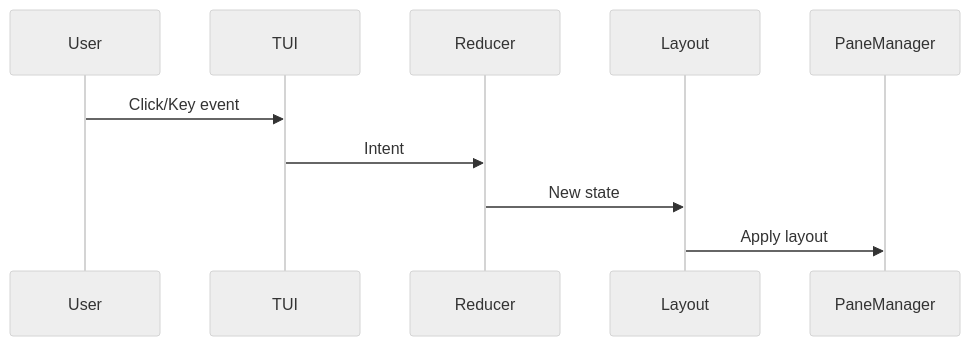
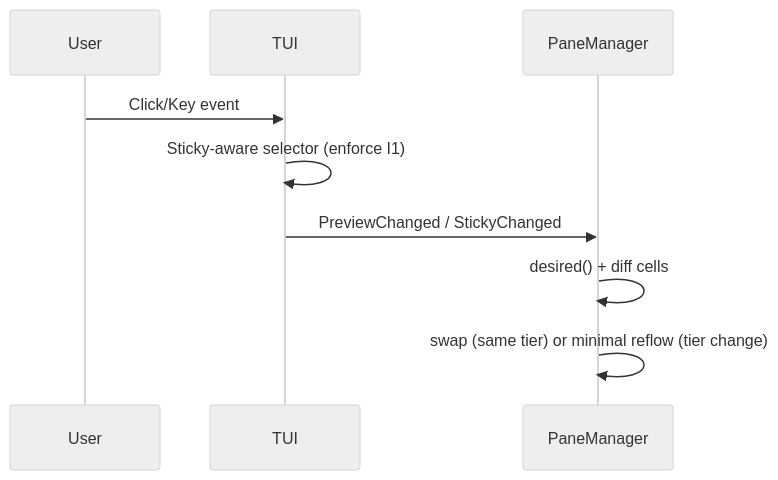
Before and after one commit to InstruktAI/TeleClaude: the second of 3 diagrams in docs/project/design/architecture/tui-state-layout.md, drawn with Mermaid (neutral theme). The commit also changed other lines of this file and 16 other files, not shown here.

First line of the commit message:
feat(tui-sticky-layout-unify): deliver tui-sticky-layout-unify

````diff
--- a/docs/project/design/architecture/tui-state-layout.md
+++ b/docs/project/design/architecture/tui-state-layout.md
@@ -81,13 +93,12 @@
 ```mermaid
 sequenceDiagram
     participant User
     participant TUI
-    participant Reducer
-    participant Layout
     participant PaneManager
 
     User->>TUI: Click/Key event
-    TUI->>Reducer: Intent
-    Reducer->>Layout: New state
-    Layout->>PaneManager: Apply layout
+    TUI->>TUI: Sticky-aware selector (enforce I1)
+    TUI->>PaneManager: PreviewChanged / StickyChanged
+    PaneManager->>PaneManager: desired() + diff cells
+    PaneManager->>PaneManager: swap (same tier) or minimal reflow (tier change)
 ```
````
